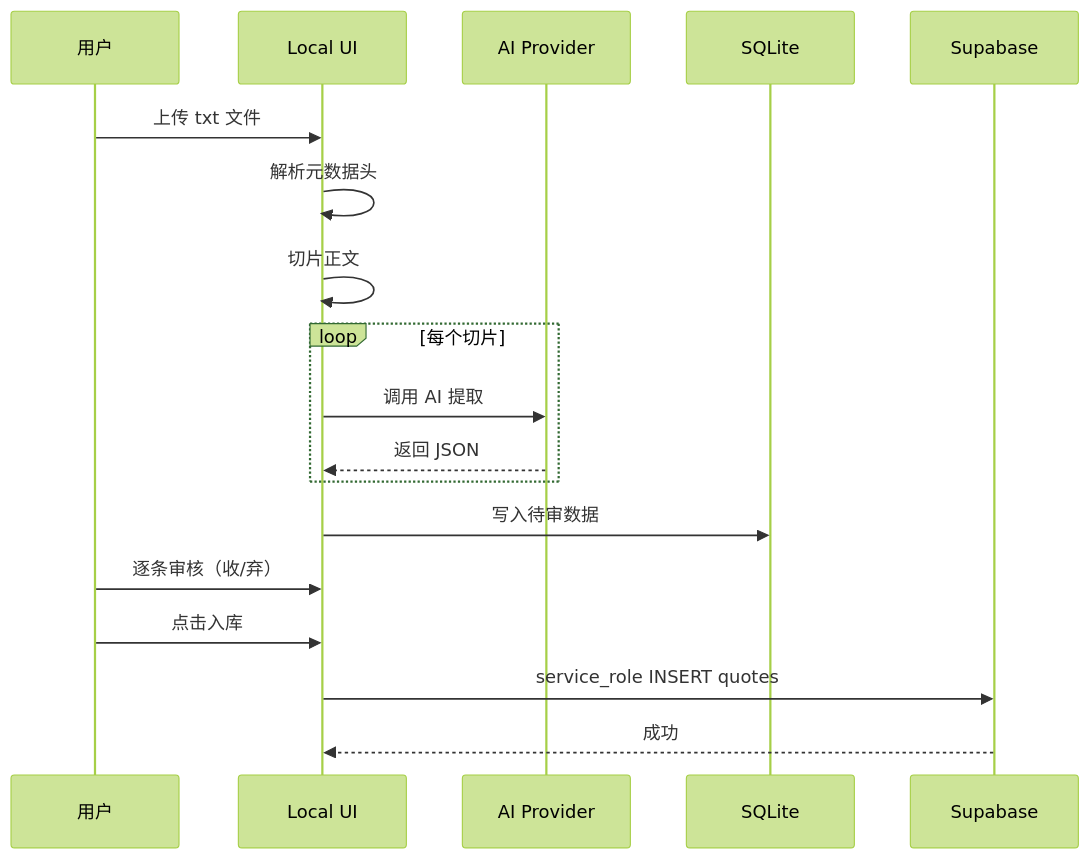
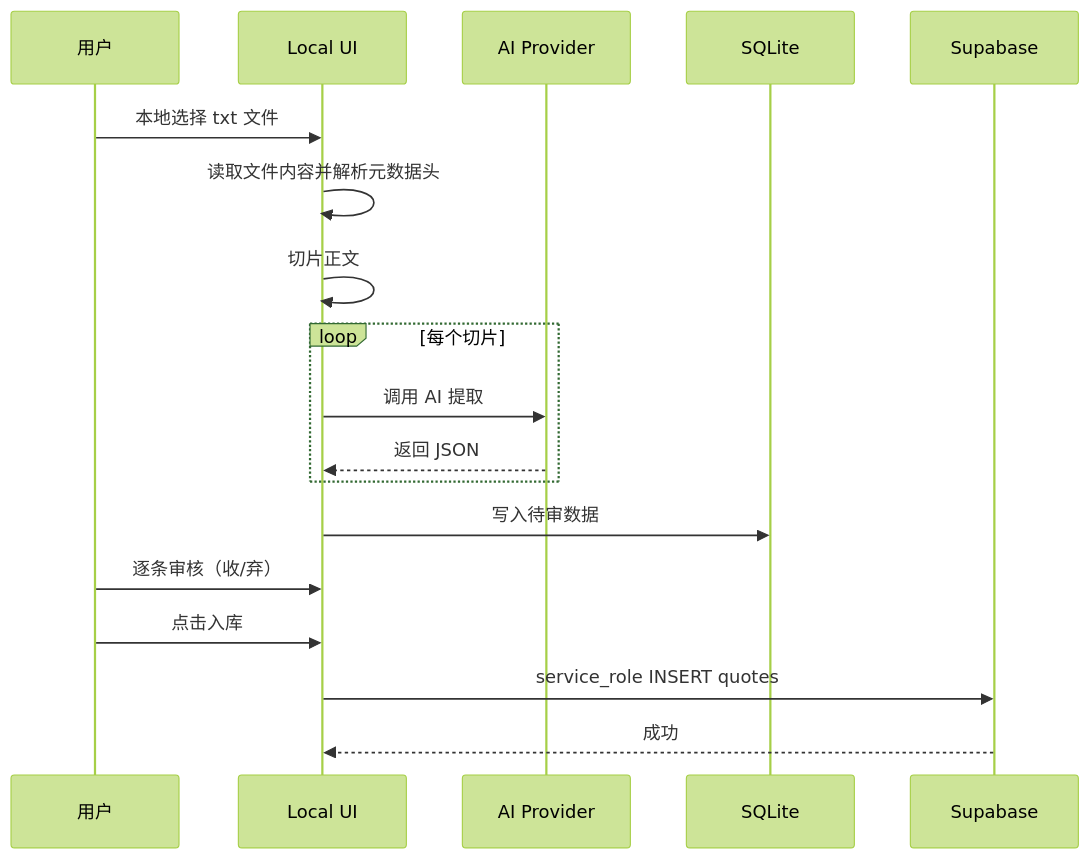
Before and after one commit to EvilIrving/daily-oracle: the first of 3 diagrams in docs/architecture.md, drawn with Mermaid (forest theme). The commit also changed other lines of this file and 43 other files, not shown here.

````diff
--- a/docs/architecture.md
+++ b/docs/architecture.md
@@ -425,21 +431,21 @@
 ```mermaid
 sequenceDiagram
     participant User as 用户
     participant UI as Local UI
     participant AI as AI Provider
     participant SQLite as SQLite
     participant Supabase as Supabase
 
-    User->>UI: 上传 txt 文件
-    UI->>UI: 解析元数据头
+    User->>UI: 本地选择 txt 文件
+    UI->>UI: 读取文件内容并解析元数据头
     UI->>UI: 切片正文
     loop 每个切片
         UI->>AI: 调用 AI 提取
         AI-->>UI: 返回 JSON
     end
     UI->>SQLite: 写入待审数据
     User->>UI: 逐条审核（收/弃）
     User->>UI: 点击入库
     UI->>Supabase: service_role INSERT quotes
     Supabase-->>UI: 成功
 ```
````
